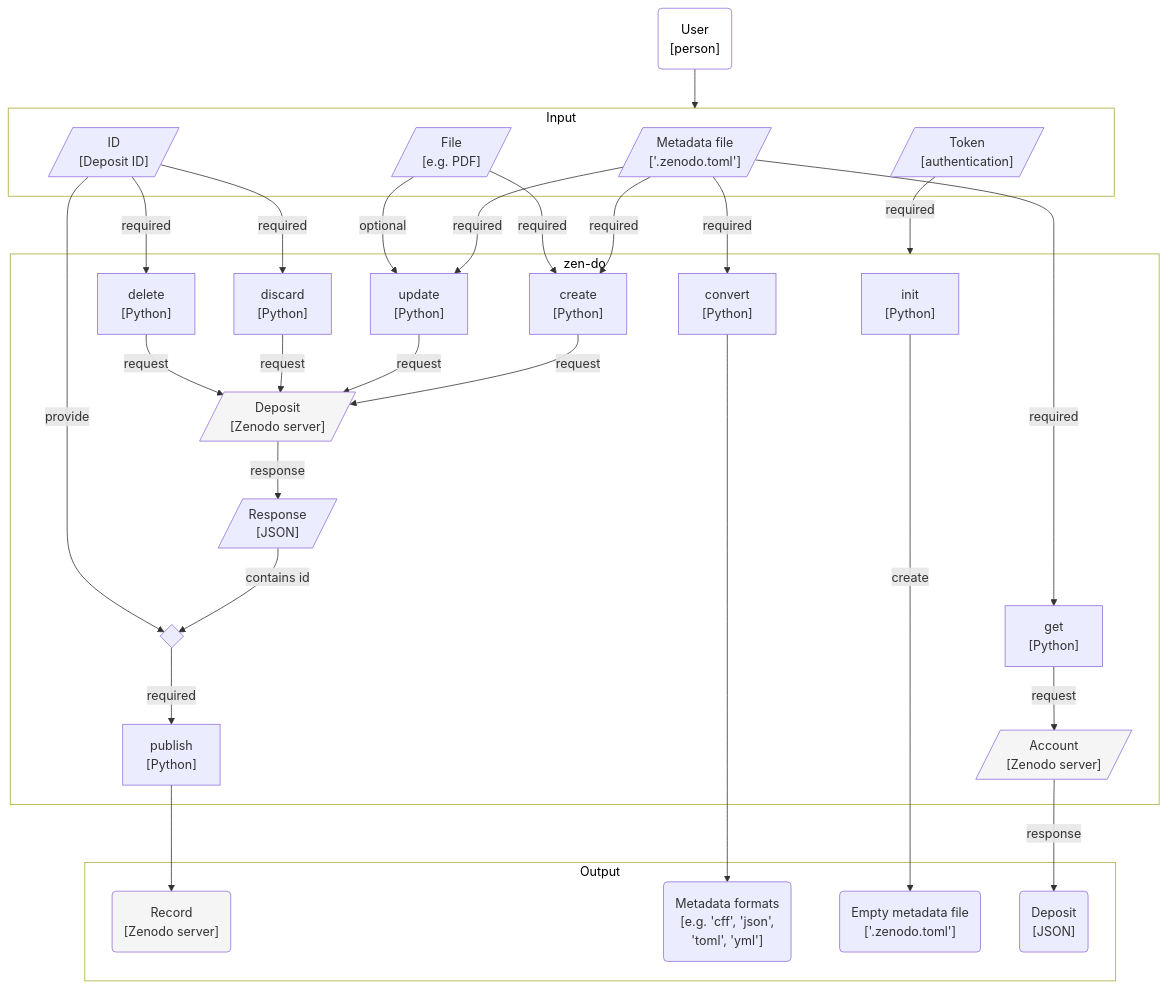
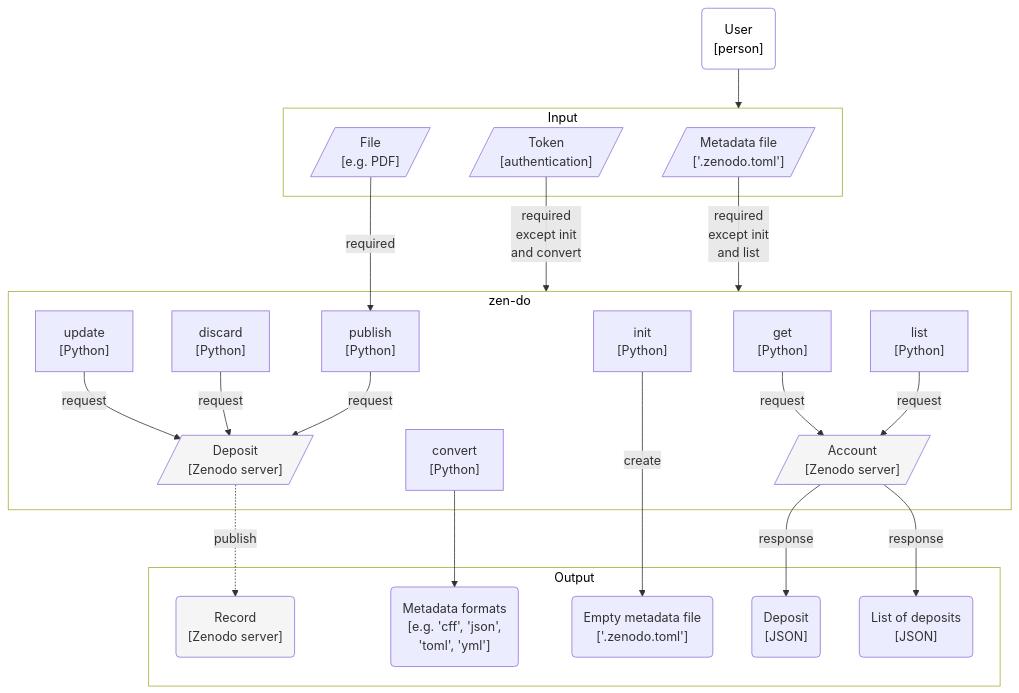
Before and after one commit to seedcase-project/zen-do: the second of 2 diagrams in docs/design/architecture.qmd, drawn with Mermaid. The commit also changed other lines of this file, not shown here.

Commit message:
docs: :building_construction: revisions based on review

````diff
--- a/docs/design/architecture.qmd
+++ b/docs/design/architecture.qmd
@@ -127,61 +124,53 @@
 ```{mermaid}
 %%| label: fig-c4-container
 %%| fig-cap: "Diagram showing the inputs, outputs, and actions within zen-do. Parallogram boxes represent input and output, the rectangles represents actions, and the rounded boxes represent the start and end points of the flow. The gray boxes represent external systems, in this case, the Zenodo server."
 %%| fig-alt: "Flowchart diagram with boxes and arrows/connections for the different objects and actions, focusing on the content of zen-do. The user interacts with the metadata file, the metadata formats, and the file(s) to add to a deposit while the zen-do CLI contains several actions to interact with the Zenodo server for both deposits and records."
 flowchart TB
     user("User<br>[person]"):::user
 
     subgraph input ["Input"]
         metadata[/"Metadata file<br>['.zenodo.toml']"/]
         file[/"File<br>[e.g. PDF]"/]
         token[/"Token<br>[authentication]"/]
-        id[/"ID<br>[Deposit ID]"/]
     end
 
     subgraph zen-do
         init["init<br>[Python]"]
         get["get<br>[Python]"]
+        list["list<br>[Python]"]
         convert["convert<br>[Python]"]
-        create["create<br>[Python]"]
         update["update<br>[Python]"]
         publish["publish<br>[Python]"]
         discard["discard<br>[Python]"]
-        delete["delete<br>[Python]"]
-        response_put[/"Response<br>[JSON]"/]
         deposit[/"Deposit<br>[Zenodo server]"/]:::external
         account[/"Account<br>[Zenodo server]"/]:::external
 
-        create & update & discard & delete -->|request| deposit
-        deposit -->|response| response_put
-        response_put -->|contains id| either_id
-        either_id{" "} -->|required| publish
-        get -->|request| account
+        update & discard & publish -->|request| deposit
+        get & list -->|request| account
     end
 
     subgraph output ["Output"]
         record("Record<br>[Zenodo server]"):::external
         metadata_formats("Metadata formats<br>[e.g. 'cff', 'json',<br>'toml', 'yml']")
         empty_metadata("Empty metadata file<br>['.zenodo.toml']")
-        deposit_output("Deposit<br>[JSON]")
-
-        init -->|create| empty_metadata
-        account -->|response| deposit_output
-        convert --> metadata_formats
-        publish --> record
+        deposit_get("Deposit<br>[JSON]")
+        deposits_list("List of deposits<br>[JSON]")
     end
 
+    deposit -.->|publish| record
+    account -->|response| deposit_get
+    account -->|response| deposits_list
+    convert --> metadata_formats
+    init -->|create| empty_metadata
     user --> input
-    token -->|required| zen-do
-    id -->|required| discard & delete
-    id -->|provide| either_id
-    metadata -->|required| create & update & convert & get
-    file -->|required| create
-    file -->|optional| update
+    token -->|required<br>except init<br>and convert| zen-do
+    metadata -->|required<br>except init<br>and list| zen-do
+    file -->|required| publish
 
     %% Styling
     style zen-do fill:#FFFFFF,color:#000000;
     style output fill:#FFFFFF,color:#000000;
     style input fill:#FFFFFF,color:#000000;
     classDef user fill:#FFFFFF,color:#000000;
     classDef external fill:#F5F5F5;
 ```
````
